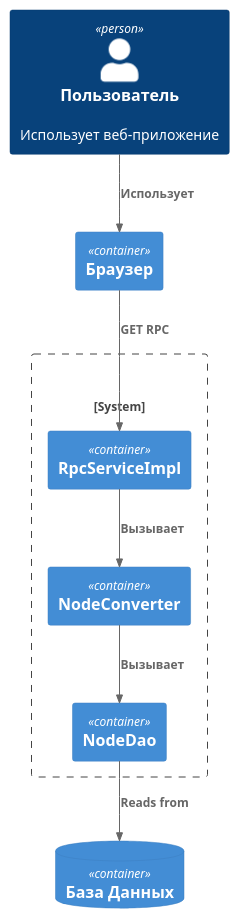
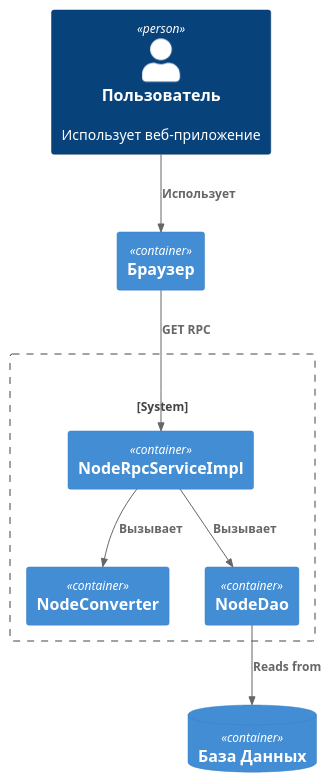
Before and after one commit to dbespa/gwt-tree: the diagram in docs/c4-component-server.puml, drawn with PlantUML. The commit also changed 9 other files, not shown here.

Commit message:
Исправлены диаграммы

```diff
--- a/docs/c4-component-server.puml
+++ b/docs/c4-component-server.puml
@@ -1,19 +1,19 @@
-@startuml
+@startuml c4-component-server
 !include https://raw.githubusercontent.com/plantuml-stdlib/C4-PlantUML/master/C4_Container.puml
 
 Person(person, "Пользователь", "Использует веб-приложение")
 Container(browser, "Браузер")
 System_Boundary(c1, "") {
-    Container(rpcServiceImpl, "RpcServiceImpl")
+    Container(rpcServiceImpl, "NodeRpcServiceImpl")
     Container(converter, "NodeConverter")
     Container(dao, "NodeDao")
 }
 ContainerDb(db, "База Данных")
 
 Rel(person, browser, "Использует")
 Rel(browser, rpcServiceImpl, "GET RPC")
 Rel(rpcServiceImpl, converter, "Вызывает")
-Rel(converter, dao, "Вызывает")
+Rel(rpcServiceImpl, dao, "Вызывает")
 Rel(dao, db, "Reads from")
 
 @enduml
```
